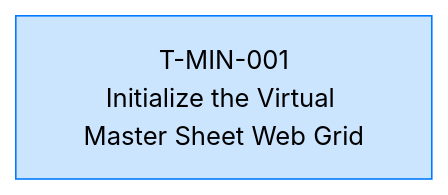
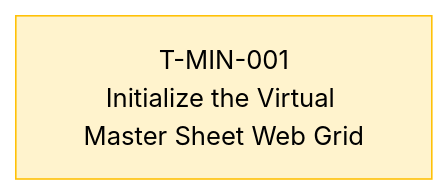
Before and after one commit to wgmilleriii/task_coordinator: the diagram in TASKS.md, drawn with Mermaid. The commit also changed other lines of this file and 2 other files, not shown here.

Commit message:
T-MIN-001: submitted for peer review with terminal evidence

````diff
--- a/TASKS.md
+++ b/TASKS.md
@@ -7,8 +7,8 @@
 ```mermaid
 graph TD
     classDef done fill:#d4edda,stroke:#28a745,color:#000;
     classDef blocked fill:#f8d7da,stroke:#dc3545,color:#000;
     classDef review fill:#fff3cd,stroke:#ffc107,color:#000;
     classDef active fill:#cce5ff,stroke:#007bff,color:#000;
-    T-MIN-001["T-MIN-001<br/>Initialize the Virtual Master Sheet Web Grid"]:::active
+    T-MIN-001["T-MIN-001<br/>Initialize the Virtual Master Sheet Web Grid"]:::review
 ```
````
